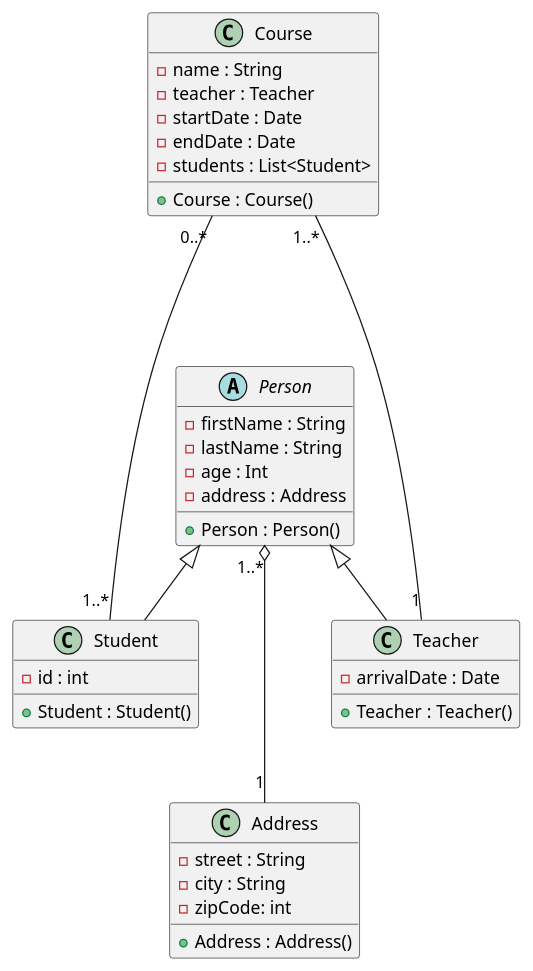
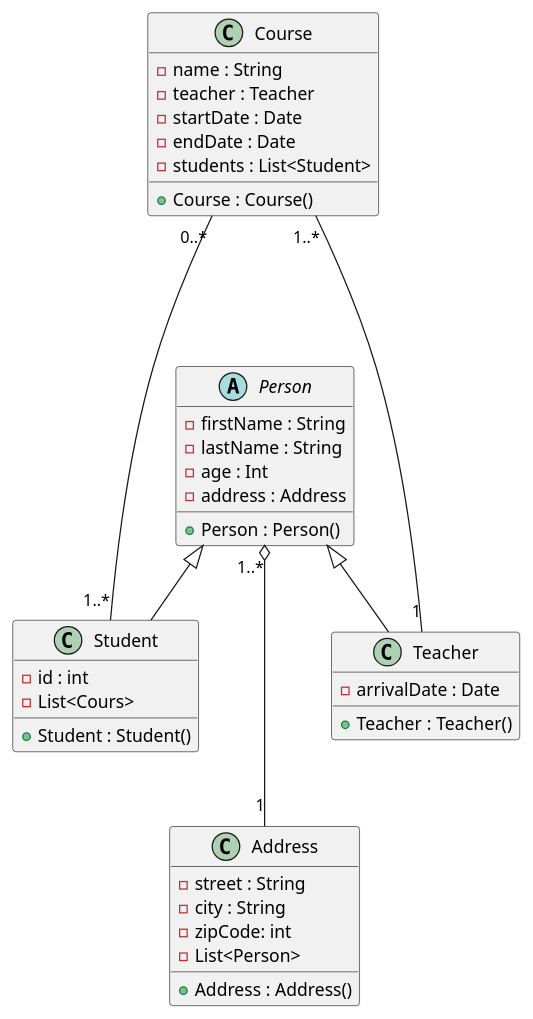
One commit to john7440/GestionEcole---Groupe changed the diagram in doc/DiagramClass.puml. Above: the diagram before and after it, drawn with PlantUML.

Commit message:
modification diagramme de classe

```diff
--- a/doc/DiagramClass.puml
+++ b/doc/DiagramClass.puml
@@ -1,47 +1,48 @@
 @startuml
 
 abstract class  Person{
     - firstName : String
     - lastName : String
     - age : Int
     - address : Address
 
     + Person : Person()
 }
 
 class Address{
     - street : String
     - city : String
     - zipCode: int
+    - List<Person>
 
     + Address : Address()
 }
 
 class Student extends Person{
     - id : int
-
+    - List<Cours>
     + Student : Student()
 }
 
 class Teacher extends Person{
     - arrivalDate : Date
 
     + Teacher : Teacher()
 }
 
 class Course{
     - name : String
     - teacher : Teacher
     - startDate : Date
     - endDate : Date
     - students : List<Student>
 
     + Course : Course()
 }
 
 Person "1..*" o--- "1" Address
 Course "1..*" ---- "1" Teacher
 Course "0..*" ---- "1..*" Student
 
 
 @enduml
```
